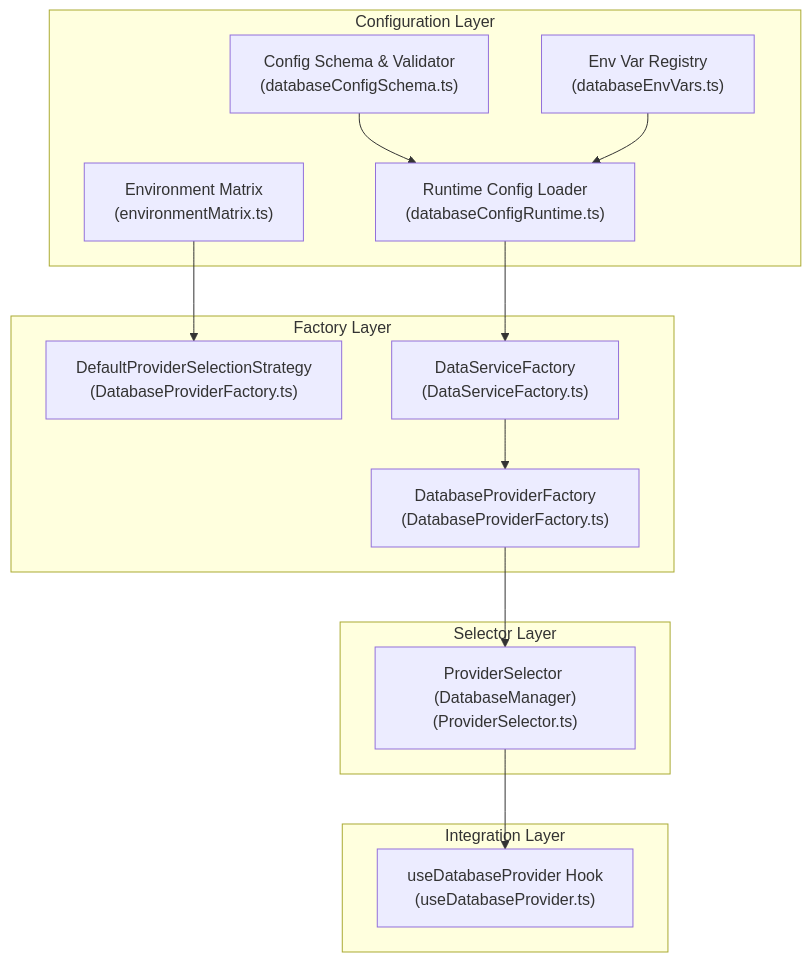
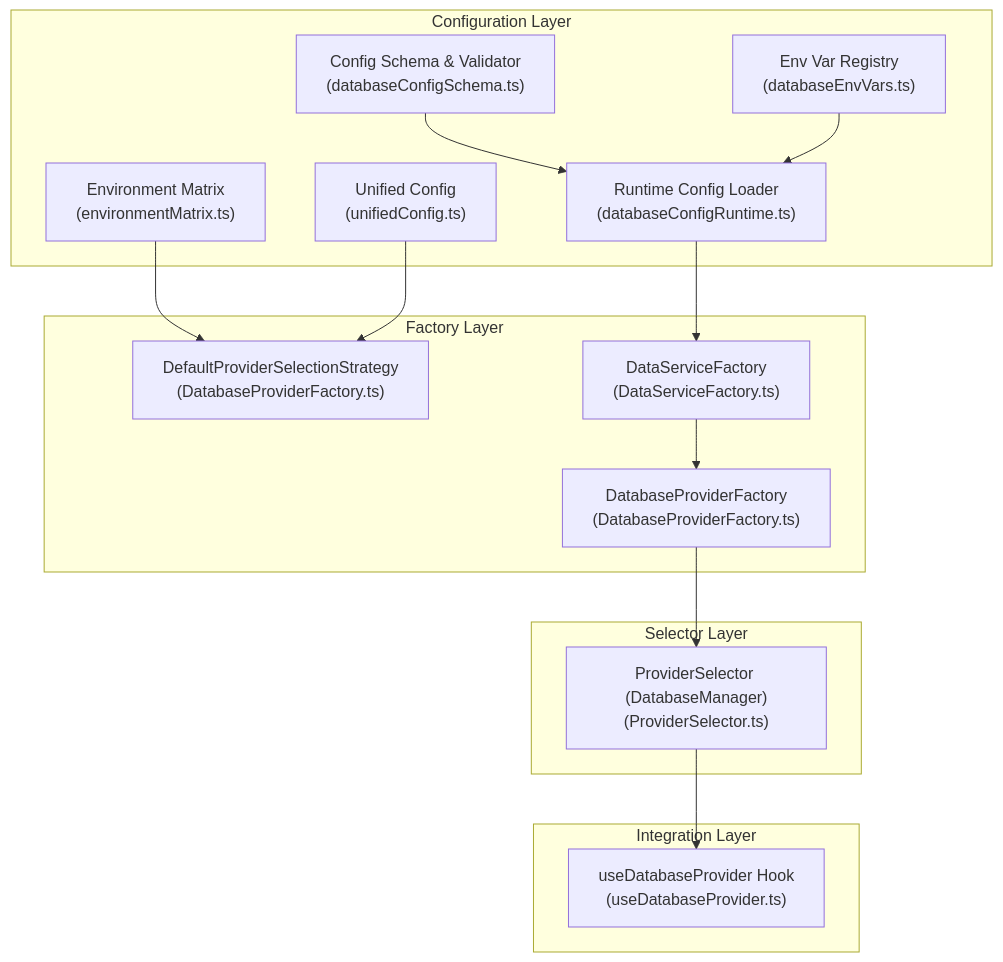
The first of 8 diagrams in .qoder/repowiki/en/content/Data Layer/Database Providers/Provider Selection & Factory.md (geniusdynamics/schoolpilot), drawn with Mermaid before and after one commit. The commit also changed other lines of this file and 16 other files, not shown here.

````diff
--- a/.qoder/repowiki/en/content/Data Layer/Database Providers/Provider Selection & Factory.md
+++ b/.qoder/repowiki/en/content/Data Layer/Database Providers/Provider Selection & Factory.md
@@ -36,27 +47,29 @@
 ```mermaid
 graph TB
 subgraph "Configuration Layer"
 EM["Environment Matrix<br/>(environmentMatrix.ts)"]
 DCS["Config Schema & Validator<br/>(databaseConfigSchema.ts)"]
 DCR["Runtime Config Loader<br/>(databaseConfigRuntime.ts)"]
 DEV["Env Var Registry<br/>(databaseEnvVars.ts)"]
+UC["Unified Config<br/>(unifiedConfig.ts)"]
 end
 subgraph "Factory Layer"
 DPFF["DatabaseProviderFactory<br/>(DatabaseProviderFactory.ts)"]
 DPF_STRAT["DefaultProviderSelectionStrategy<br/>(DatabaseProviderFactory.ts)"]
 DSF["DataServiceFactory<br/>(DataServiceFactory.ts)"]
 end
 subgraph "Selector Layer"
 PS["ProviderSelector (DatabaseManager)<br/>(ProviderSelector.ts)"]
 end
 subgraph "Integration Layer"
 UDH["useDatabaseProvider Hook<br/>(useDatabaseProvider.ts)"]
 end
 EM --> DPF_STRAT
 DCS --> DCR
 DEV --> DCR
+UC --> DPF_STRAT
 DCR --> DSF
 DSF --> DPFF
 DPFF --> PS
 PS --> UDH
 ```
````
